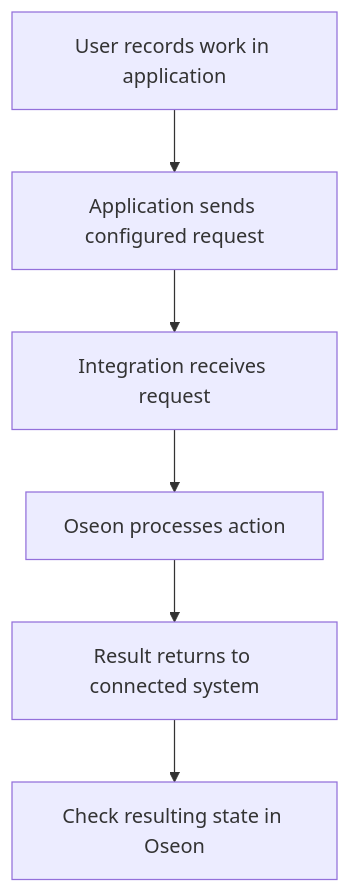
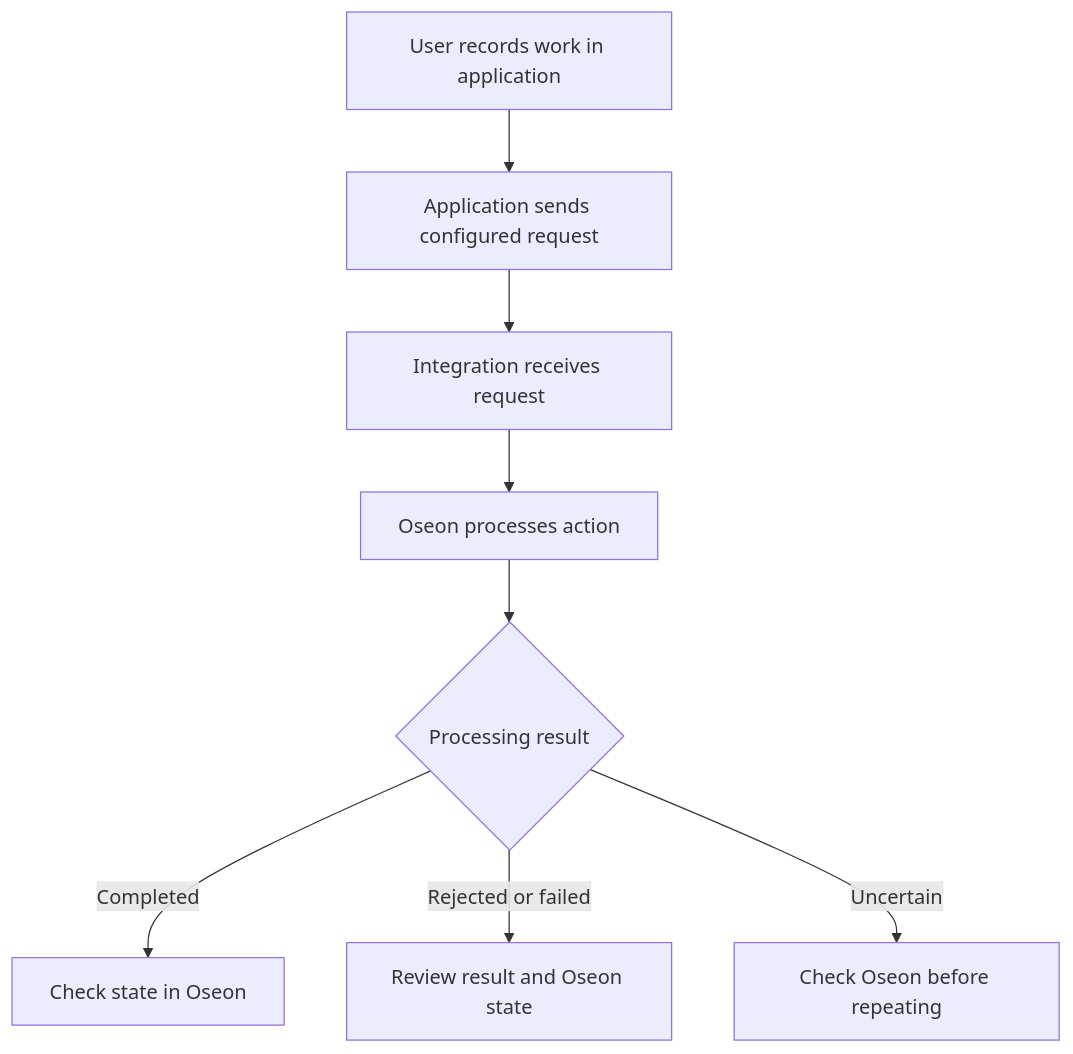
Before and after one commit to SheetMetalConnect/smc-mintlify: the second of 2 diagrams in oseon2uns/workflow.mdx, drawn with Mermaid. The commit also changed other lines of this file, not shown here.

Commit message:
docs: clarify oseon2uns/workflow workflow

````diff
--- a/oseon2uns/workflow.mdx
+++ b/oseon2uns/workflow.mdx
@@ -24,8 +26,10 @@
 ```mermaid
 flowchart TD
  A["User records work in application"] --> B["Application sends configured request"]
  B --> C["Integration receives request"]
  C --> D["Oseon processes action"]
- D --> E["Result returns to connected system"]
- E --> F["Check resulting state in Oseon"]
+ D --> E{"Processing result"}
+ E -->|"Completed"| F["Check state in Oseon"]
+ E -->|"Rejected or failed"| G["Review result and Oseon state"]
+ E -->|"Uncertain"| H["Check Oseon before repeating"]
 ```
````
